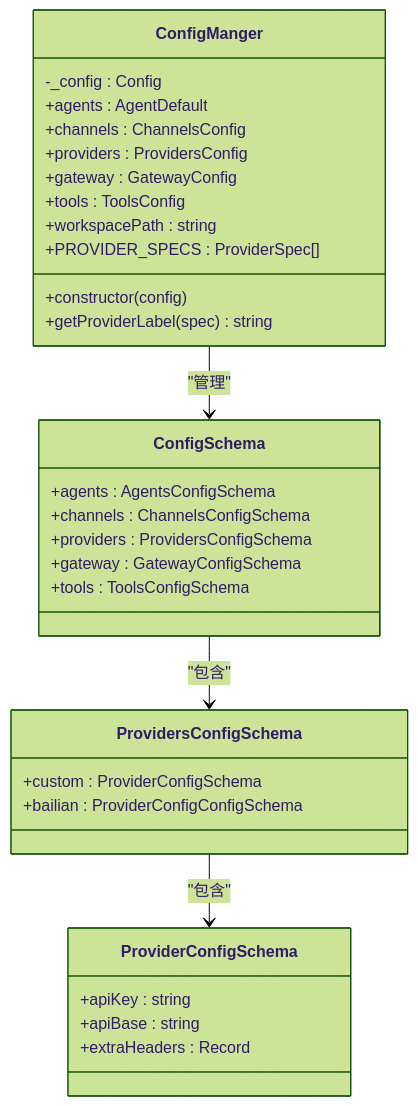
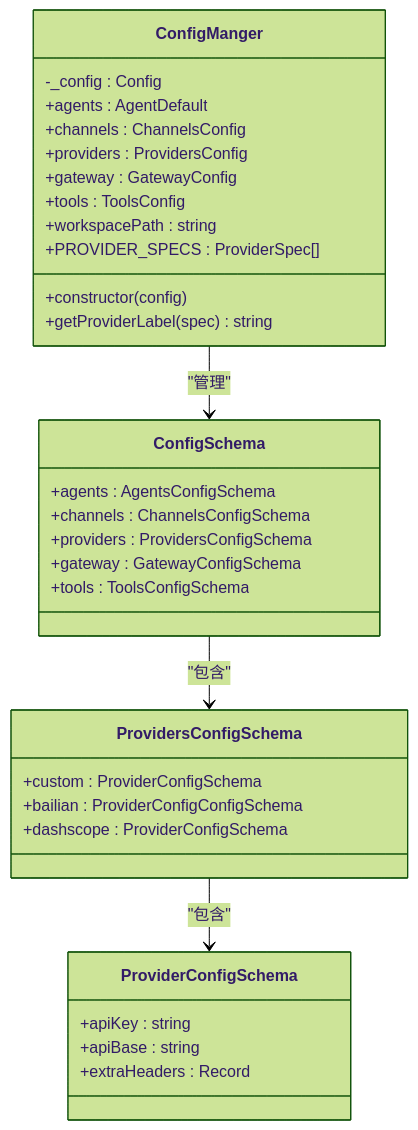
One commit to neciszhang/batbot changed the third of 12 diagrams in .qoder/repowiki/zh/content/配置系统/提供者注册系统.md. Above: the diagram before and after it, drawn with Mermaid (forest theme). The commit also changed other lines of this file and 13 other files, not shown here.

````diff
--- a/.qoder/repowiki/zh/content/配置系统/提供者注册系统.md
+++ b/.qoder/repowiki/zh/content/配置系统/提供者注册系统.md
@@ -143,34 +146,35 @@
 ```mermaid
 classDiagram
 class ConfigSchema {
 +agents : AgentsConfigSchema
 +channels : ChannelsConfigSchema
 +providers : ProvidersConfigSchema
 +gateway : GatewayConfigSchema
 +tools : ToolsConfigSchema
 }
 class ProvidersConfigSchema {
 +custom : ProviderConfigSchema
 +bailian : ProviderConfigConfigSchema
++dashscope : ProviderConfigSchema
 }
 class ProviderConfigSchema {
 +apiKey : string
 +apiBase : string
 +extraHeaders : Record
 }
 class ConfigManger {
 -_config : Config
 +constructor(config)
 +agents : AgentDefault
 +channels : ChannelsConfig
 +providers : ProvidersConfig
 +gateway : GatewayConfig
 +tools : ToolsConfig
 +workspacePath : string
 +getProviderLabel(spec) string
 +PROVIDER_SPECS : ProviderSpec[]
 }
 ConfigSchema --> ProvidersConfigSchema : "包含"
 ProvidersConfigSchema --> ProviderConfigSchema : "包含"
 ConfigManger --> ConfigSchema : "管理"
 ```
````
